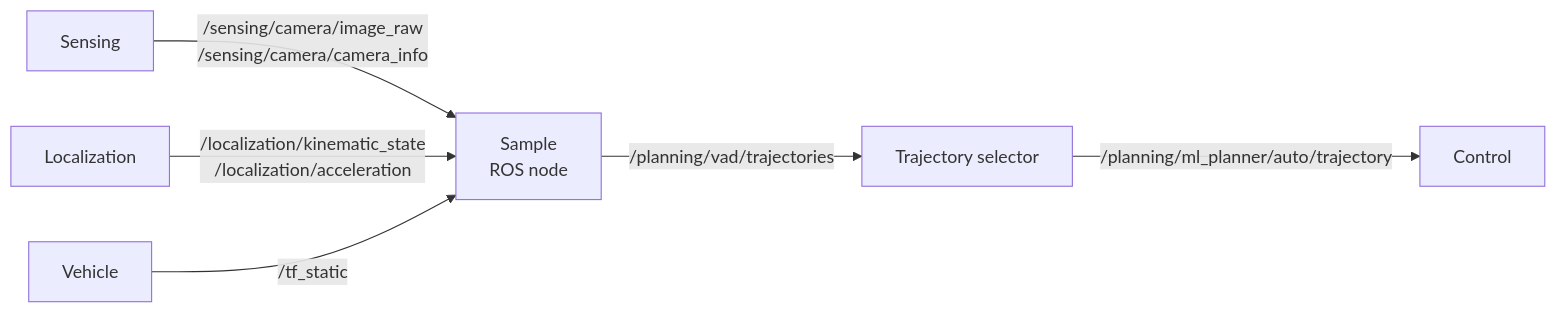
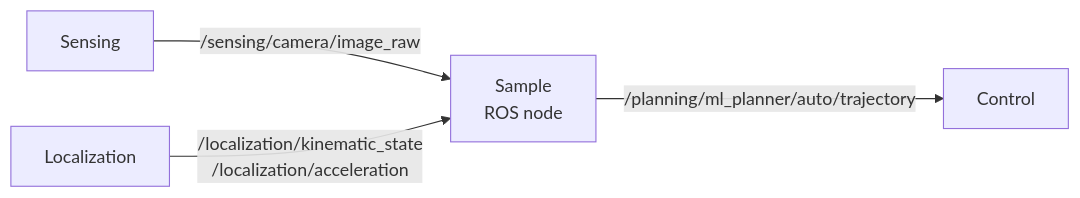
The diagram in docs/ml_sample/design.md (AutomotiveAIChallenge/aichallenge-documentation-racingkart), drawn with Mermaid before and after one commit. The commit also changed other lines of this file and 1 other file, not shown here.

Commit message:
docs: update design for VLM Planner

````diff
--- a/docs/ml_sample/design.md
+++ b/docs/ml_sample/design.md
@@ -17,12 +18,9 @@
 ```mermaid
 graph LR
     SampleNode["Sample<br>ROS node"]
-    TrajectorySelection["Trajectory selector"]
     
-    Sensing -- "/sensing/camera/image_raw<br>/sensing/camera/camera_info" --> SampleNode
+    Sensing -- "/sensing/camera/image_raw" --> SampleNode
     Localization -- "/localization/kinematic_state<br>/localization/acceleration" --> SampleNode
-    Vehicle -- "/tf_static" --> SampleNode
     
-    SampleNode -- "/planning/vad/trajectories<br>" --> TrajectorySelection
-    TrajectorySelection -- "/planning/ml_planner/auto/trajectory<br>" --> Control
+    SampleNode -- "/planning/ml_planner/auto/trajectory<br>" --> Control
 ```
````
